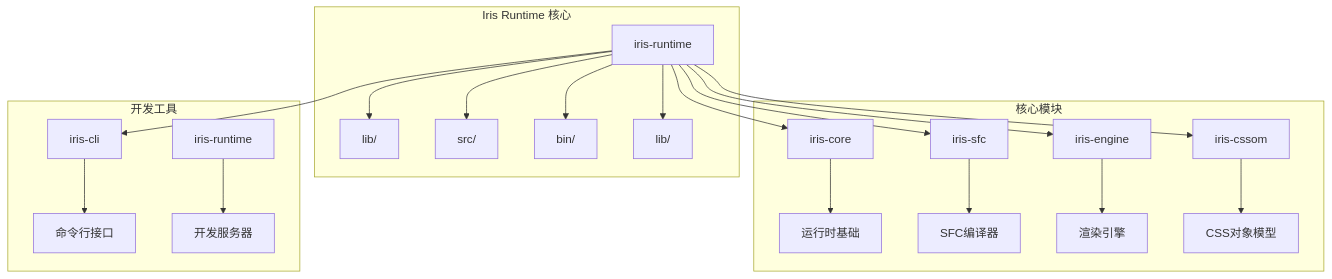
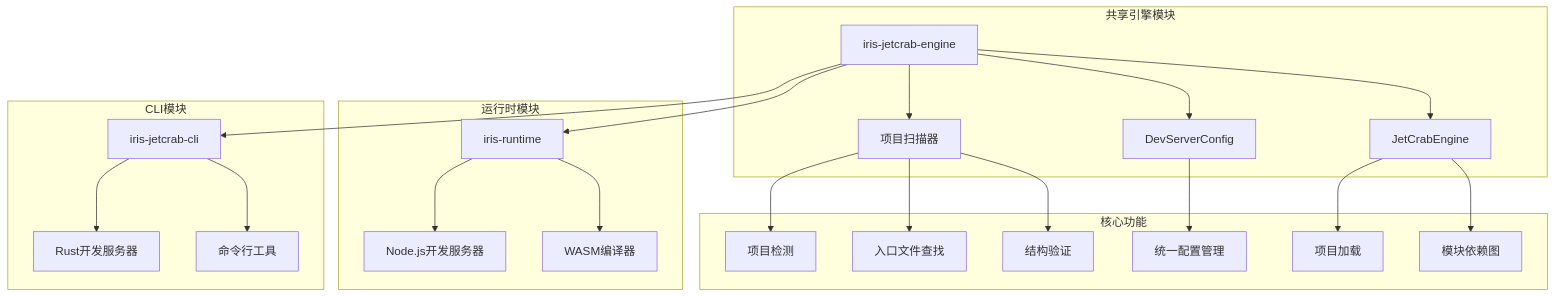
The first of 10 diagrams in .qoder/repowiki/zh/content/核心功能特性/Vue项目检测功能指南.md (itszzl-sudo/iris), drawn with Mermaid before and after one commit. The commit also changed other lines of this file and 23 other files, not shown here.

````diff
--- a/.qoder/repowiki/zh/content/核心功能特性/Vue项目检测功能指南.md
+++ b/.qoder/repowiki/zh/content/核心功能特性/Vue项目检测功能指南.md
@@ -65,24 +75,26 @@
 ```mermaid
 graph TB
-subgraph "Iris Runtime 核心"
-A[iris-runtime] --> B[lib/]
-A --> C[src/]
-A --> D[bin/]
-A --> E[lib/]
+subgraph "共享引擎模块"
+A[iris-jetcrab-engine] --> B[项目扫描器]
+A --> C[DevServerConfig]
+A --> D[JetCrabEngine]
 end
-subgraph "核心模块"
-F[iris-core] --> G[运行时基础]
-H[iris-sfc] --> I[SFC编译器]
-J[iris-engine] --> K[渲染引擎]
-L[iris-cssom] --> M[CSS对象模型]
+subgraph "运行时模块"
+E[iris-runtime] --> F[Node.js开发服务器]
+E --> G[WASM编译器]
 end
-subgraph "开发工具"
-N[iris-cli] --> O[命令行接口]
-P[iris-runtime] --> Q[开发服务器]
+subgraph "CLI模块"
+H[iris-jetcrab-cli] --> I[Rust开发服务器]
+H --> J[命令行工具]
 end
-A --> F
+subgraph "核心功能"
+B --> K[项目检测]
+B --> L[入口文件查找]
+B --> M[结构验证]
+C --> N[统一配置管理]
+D --> O[项目加载]
+D --> P[模块依赖图]
+end
+A --> E
 A --> H
-A --> J
-A --> L
-A --> N
 ```
````
